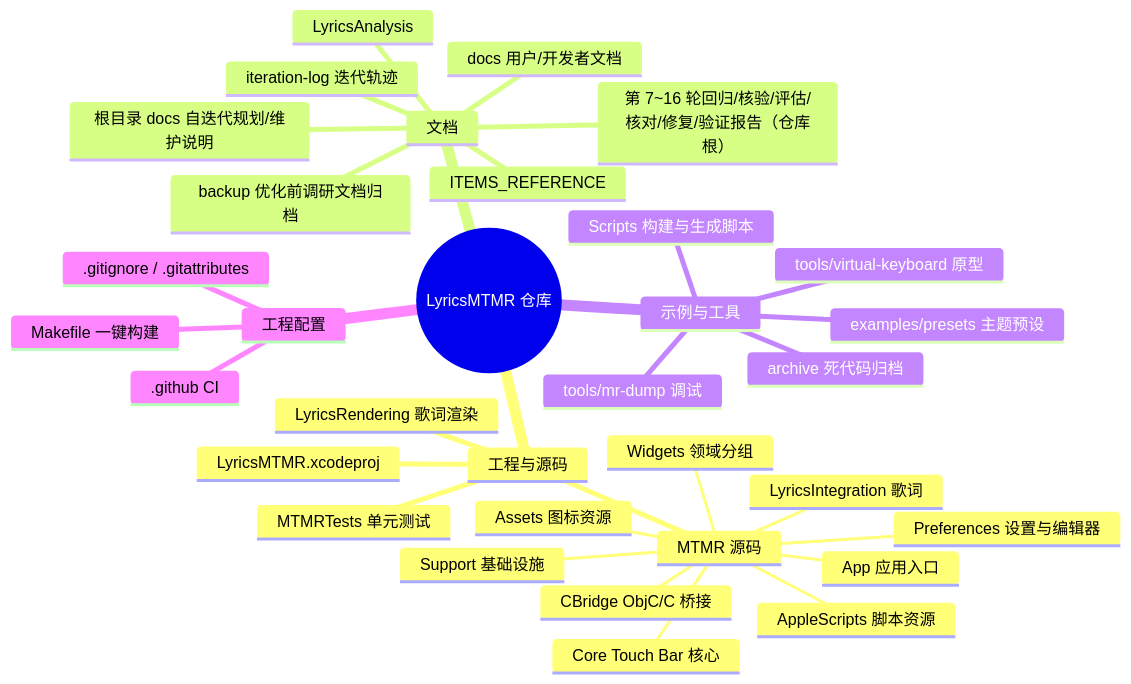
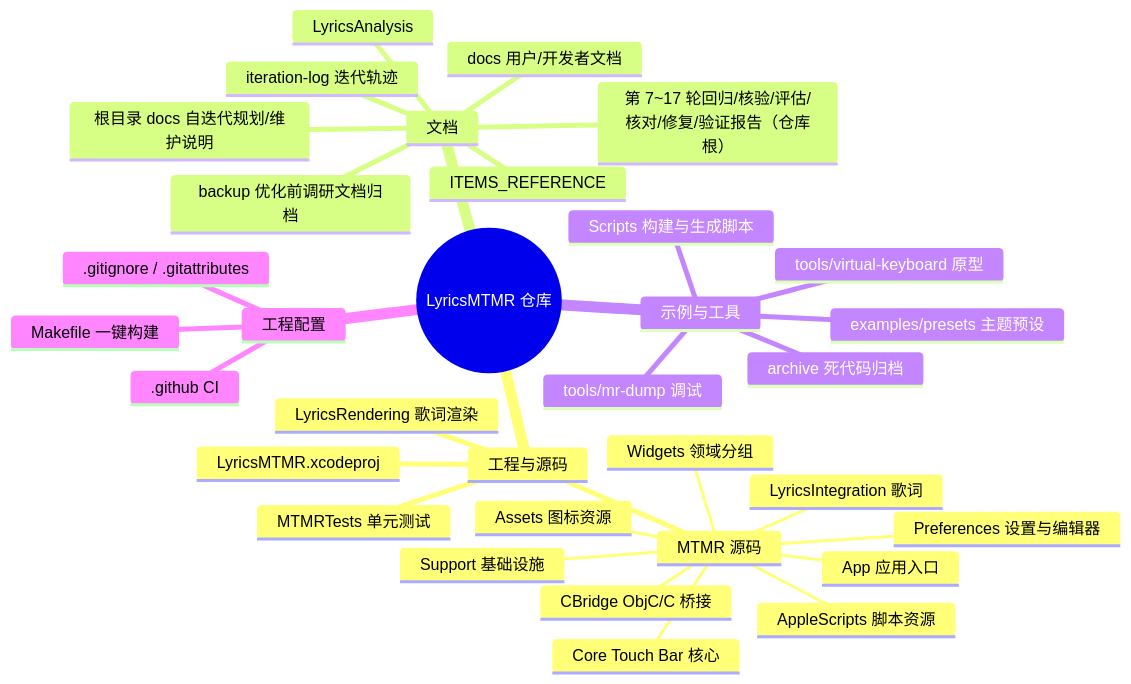
Before and after one commit to Tangzishun-Li/LyricsMTMR: the first of 2 diagrams in LyricsMTMR/docs/file-structure.zh.md, drawn with Mermaid. The commit also changed other lines of this file and 3 other files, not shown here.

````diff
--- a/LyricsMTMR/docs/file-structure.zh.md
+++ b/LyricsMTMR/docs/file-structure.zh.md
@@ -10,36 +10,36 @@
 ```mermaid
 mindmap
   root((LyricsMTMR 仓库))
     工程与源码
       LyricsMTMR.xcodeproj
       MTMR 源码
         App 应用入口
         Core Touch Bar 核心
         Support 基础设施
         Widgets 领域分组
         Preferences 设置与编辑器
         LyricsIntegration 歌词
         CBridge ObjC/C 桥接
         AppleScripts 脚本资源
         Assets 图标资源
       LyricsRendering 歌词渲染
       MTMRTests 单元测试
     文档
       docs 用户/开发者文档
       ITEMS_REFERENCE
       LyricsAnalysis
       backup 优化前调研文档归档
       iteration-log 迭代轨迹
       根目录 docs 自迭代规划/维护说明
-      第 7~16 轮回归/核验/评估/核对/修复/验证报告（仓库根）
+      第 7~17 轮回归/核验/评估/核对/修复/验证报告（仓库根）
     示例与工具
       examples/presets 主题预设
       tools/mr-dump 调试
       tools/virtual-keyboard 原型
       Scripts 构建与生成脚本
       archive 死代码归档
     工程配置
       .github CI
       .gitignore / .gitattributes
       Makefile 一键构建
 ```
````
